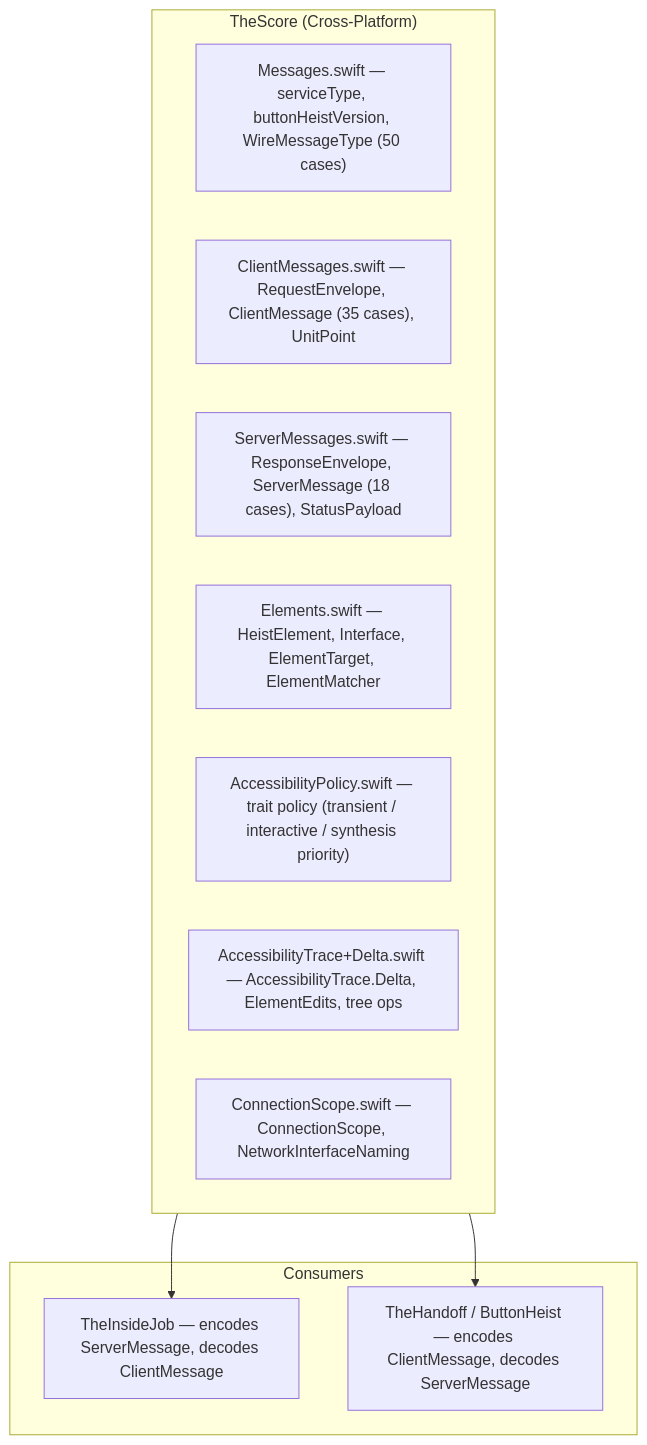
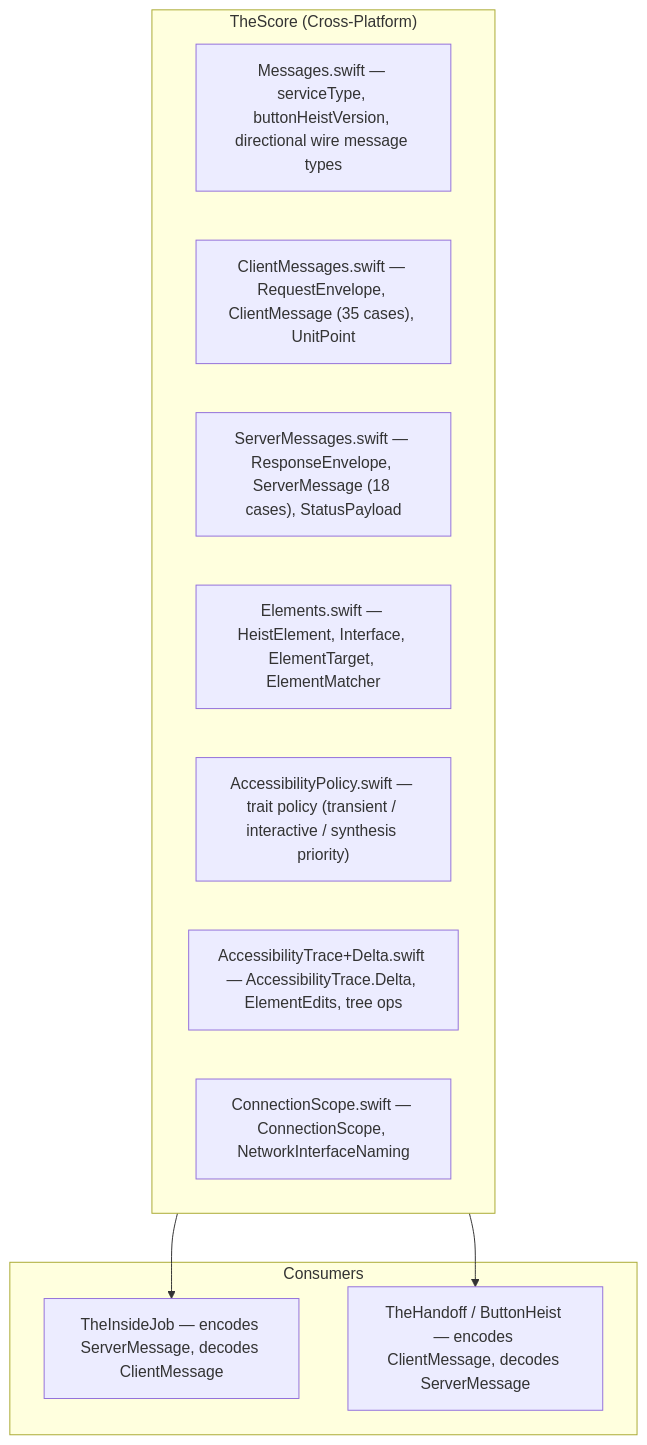
Before and after one commit to RoyalPineapple/TheButtonHeist: the first of 7 diagrams in docs/dossiers/18-THESCORE.md, drawn with Mermaid. The commit also changed other lines of this file and 7 other files, not shown here.

Commit message:
Split TheScore wire message directions

````diff
--- a/docs/dossiers/18-THESCORE.md
+++ b/docs/dossiers/18-THESCORE.md
@@ -57,20 +57,20 @@
 ```mermaid
 graph TD
     subgraph TheScore["TheScore (Cross-Platform)"]
-        Messages["Messages.swift — serviceType, buttonHeistVersion, WireMessageType (50 cases)"]
+        Messages["Messages.swift — serviceType, buttonHeistVersion, directional wire message types"]
         Client["ClientMessages.swift — RequestEnvelope, ClientMessage (35 cases), UnitPoint"]
         Server["ServerMessages.swift — ResponseEnvelope, ServerMessage (18 cases), StatusPayload"]
         Elements["Elements.swift — HeistElement, Interface, ElementTarget, ElementMatcher"]
         Policy["AccessibilityPolicy.swift — trait policy (transient / interactive / synthesis priority)"]
         Delta["AccessibilityTrace+Delta.swift — AccessibilityTrace.Delta, ElementEdits, tree ops"]
         ConnScope["ConnectionScope.swift — ConnectionScope, NetworkInterfaceNaming"]
     end
 
     subgraph Consumers["Consumers"]
         TheInsideJob["TheInsideJob — encodes ServerMessage, decodes ClientMessage"]
         TH["TheHandoff / ButtonHeist — encodes ClientMessage, decodes ServerMessage"]
     end
 
     TheScore --> TheInsideJob
     TheScore --> TH
 ```
````
